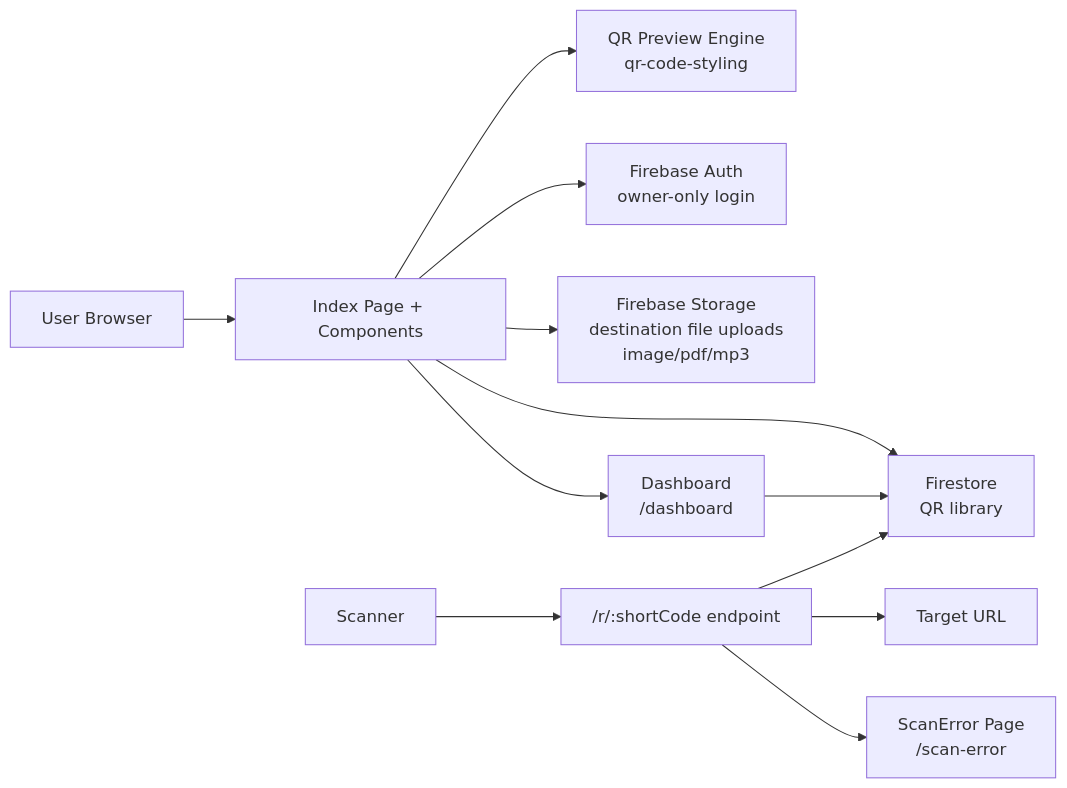
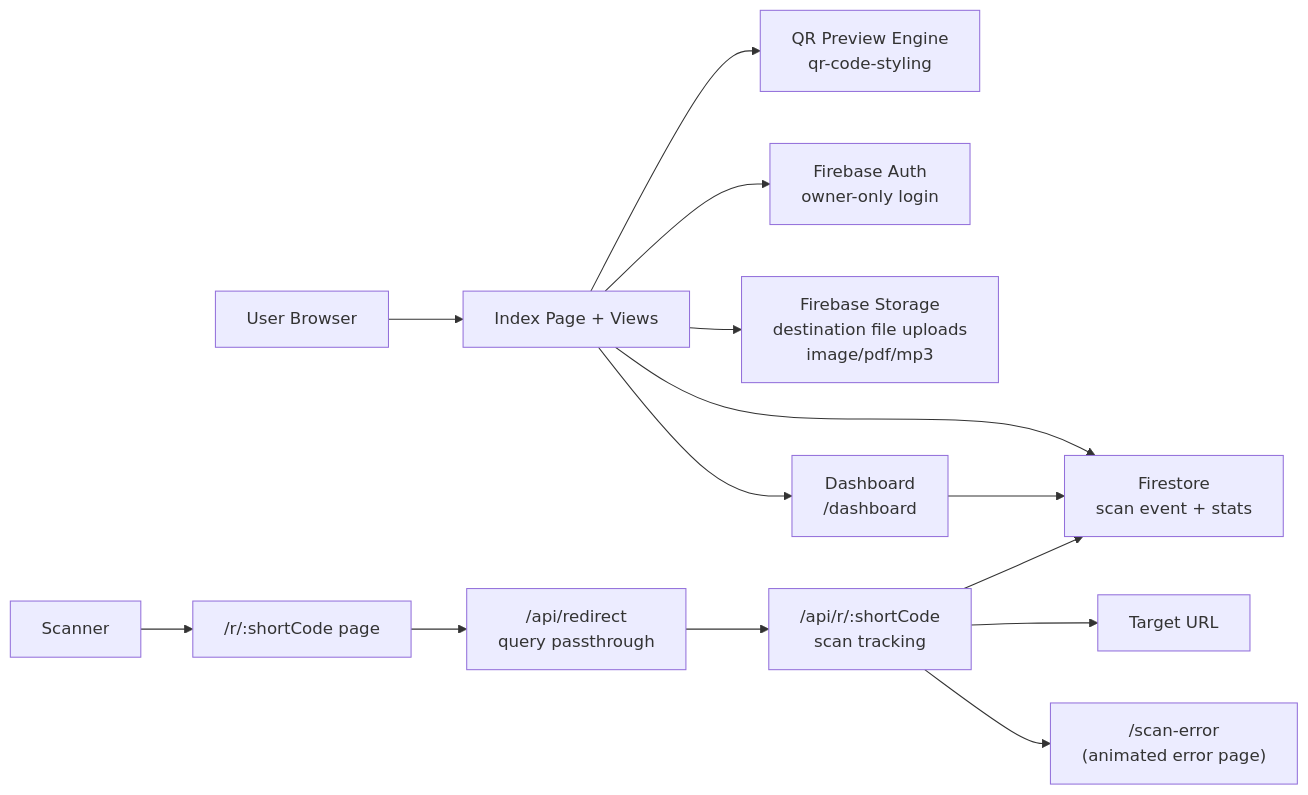
Before and after one commit to iamsainikhil/qr-canvas: the diagram in README.md, drawn with Mermaid. The commit also changed other lines of this file and 8 other files, not shown here.

````diff
--- a/README.md
+++ b/README.md
@@ -138,14 +182,16 @@
 ```mermaid
 flowchart LR
-  U[User Browser] --> UI[Index Page + Components]
+  U[User Browser] --> UI[Index Page + Views]
   UI --> QR["QR Preview Engine<br/>qr-code-styling"]
   UI --> FA["Firebase Auth<br/>owner-only login"]
   UI --> FS["Firestore<br/>QR library"]
   UI --> FG["Firebase Storage<br/>destination file uploads<br/>image/pdf/mp3"]
   UI --> DB["Dashboard<br/>/dashboard"]
   DB --> FS
-  SC[Scanner] --> RT["/r/:shortCode endpoint"]
-  RT --> FS
+  SC[Scanner] --> RP["/r/:shortCode page"]
+  RP --> AP["/api/redirect<br/>query passthrough"]
+  AP --> RT["/api/r/:shortCode<br/>scan tracking"]
+  RT --> FS["Firestore<br/>scan event + stats"]
   RT --> TG[Target URL]
-  RT --> SE["ScanError Page<br/>/scan-error"]
+  RT --> SE["/scan-error<br/>(animated error page)"]
 ```
````
